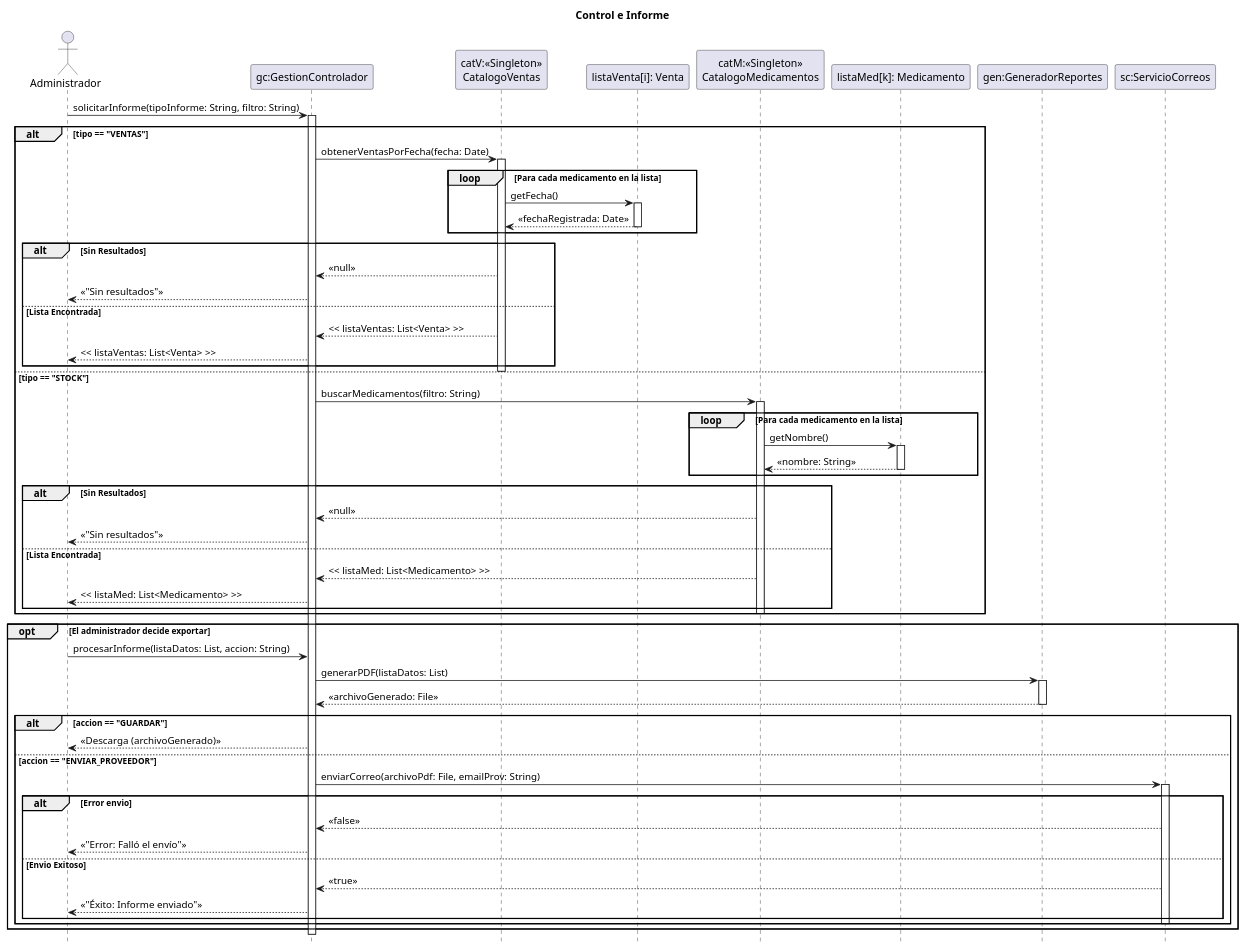
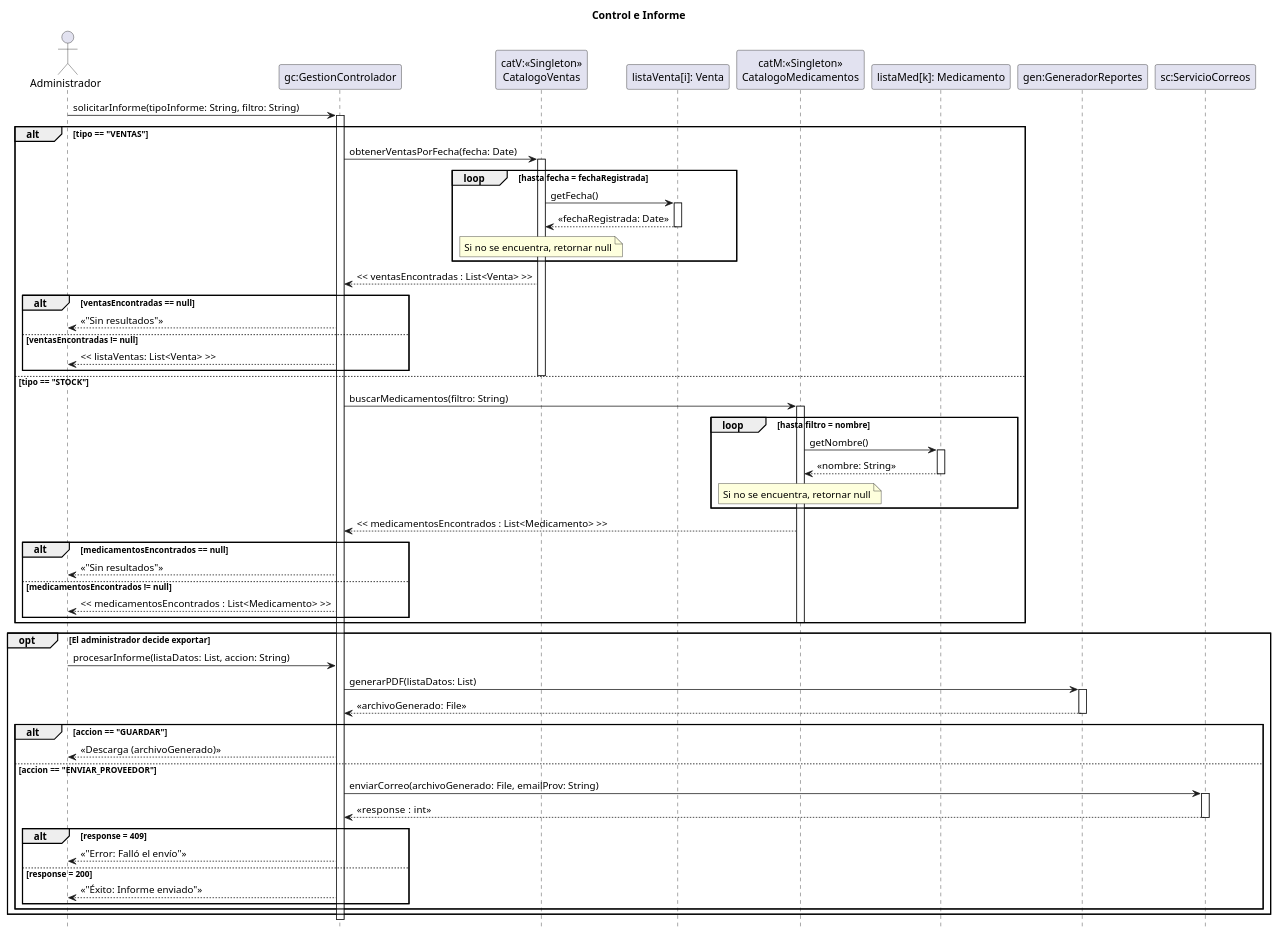
One commit to zEzequR/PF-I changed the diagram in 08 - Diagramas de Secuencia de Diseño/Control e Informe/ControlEinforme.puml. Above: the diagram before and after it, drawn with PlantUML. The commit also changed 18 other files, not shown here.

```diff
--- a/08 - Diagramas de Secuencia de Diseño/Control e Informe/ControlEinforme.puml
+++ b/08 - Diagramas de Secuencia de Diseño/Control e Informe/ControlEinforme.puml
@@ -1,86 +1,86 @@
 @startuml
 title Control e Informe
 
 hide footbox
 
 actor "Administrador" as admin
 participant "gc:GestionControlador" as ctrl
 participant "catV:<<Singleton>>\nCatalogoVentas" as cat_ventas
 participant "listaVenta[i]: Venta" as venta 
 participant "catM:<<Singleton>>\nCatalogoMedicamentos" as cat_med
 participant "listaMed[k]: Medicamento" as med
 participant "gen:GeneradorReportes" as gen
 participant "sc:ServicioCorreos" as srv_mail
 
 admin -> ctrl : solicitarInforme(tipoInforme: String, filtro: String)
 activate ctrl
 
 alt tipo == "VENTAS"
     ctrl -> cat_ventas : obtenerVentasPorFecha(fecha: Date)
     activate cat_ventas
     
-    loop Para cada medicamento en la lista
+    loop hasta fecha = fechaRegistrada
         cat_ventas -> venta : getFecha()
         activate venta
         venta --> cat_ventas : << fechaRegistrada: Date >>
         deactivate venta
+        note over of cat_ventas: Si no se encuentra, retornar null
     end
-    
-    alt Sin Resultados
-        cat_ventas --> ctrl : << null >>
+    cat_ventas --> ctrl : << ventasEncontradas : List<Venta> >>
+    alt ventasEncontradas == null
         ctrl --> admin : << "Sin resultados" >>
-    else Lista Encontrada
-        cat_ventas --> ctrl : << listaVentas: List<Venta> >>
+    else ventasEncontradas != null
         ctrl --> admin : << listaVentas: List<Venta> >>
     end
     deactivate cat_ventas
 
 else tipo == "STOCK"
     ctrl -> cat_med : buscarMedicamentos(filtro: String)
     activate cat_med
     
-    loop Para cada medicamento en la lista
+    loop hasta filtro = nombre
         cat_med -> med : getNombre()
         activate med
         med --> cat_med : << nombre: String >>
         deactivate med
+        note over of cat_med: Si no se encuentra, retornar null
     end
-    
-    alt Sin Resultados
-        cat_med --> ctrl : << null >>
+
+    cat_med --> ctrl : << medicamentosEncontrados : List<Medicamento> >>
+
+    alt medicamentosEncontrados == null
         ctrl --> admin : << "Sin resultados" >>
-    else Lista Encontrada
-        cat_med --> ctrl : << listaMed: List<Medicamento> >>
-        ctrl --> admin : << listaMed: List<Medicamento> >>
+    else medicamentosEncontrados != null
+        ctrl --> admin : << medicamentosEncontrados : List<Medicamento> >>
     end
     deactivate cat_med
 end
 
 opt El administrador decide exportar
     admin -> ctrl : procesarInforme(listaDatos: List, accion: String)
 
     ctrl -> gen : generarPDF(listaDatos: List)
     activate gen
     gen --> ctrl : << archivoGenerado: File >>
     deactivate gen
 
     alt accion == "GUARDAR"
         ctrl --> admin : << Descarga (archivoGenerado) >>
         
     else accion == "ENVIAR_PROVEEDOR"
-        ctrl -> srv_mail : enviarCorreo(archivoPdf: File, emailProv: String)
+        ctrl -> srv_mail : enviarCorreo(archivoGenerado: File, emailProv: String)
         activate srv_mail
+        srv_mail --> ctrl : << response :  int >>
+        deactivate srv_mail
         
-        alt Error envio
-            srv_mail --> ctrl : << false >>
+        alt response = 409
             ctrl --> admin : << "Error: Falló el envío" >>
-        else Envio Exitoso
-            srv_mail --> ctrl : << true >>
+        else response = 200
             ctrl --> admin : << "Éxito: Informe enviado" >>
         end
-        deactivate srv_mail
+        
     end
 end
 
 deactivate ctrl
 @enduml
```
